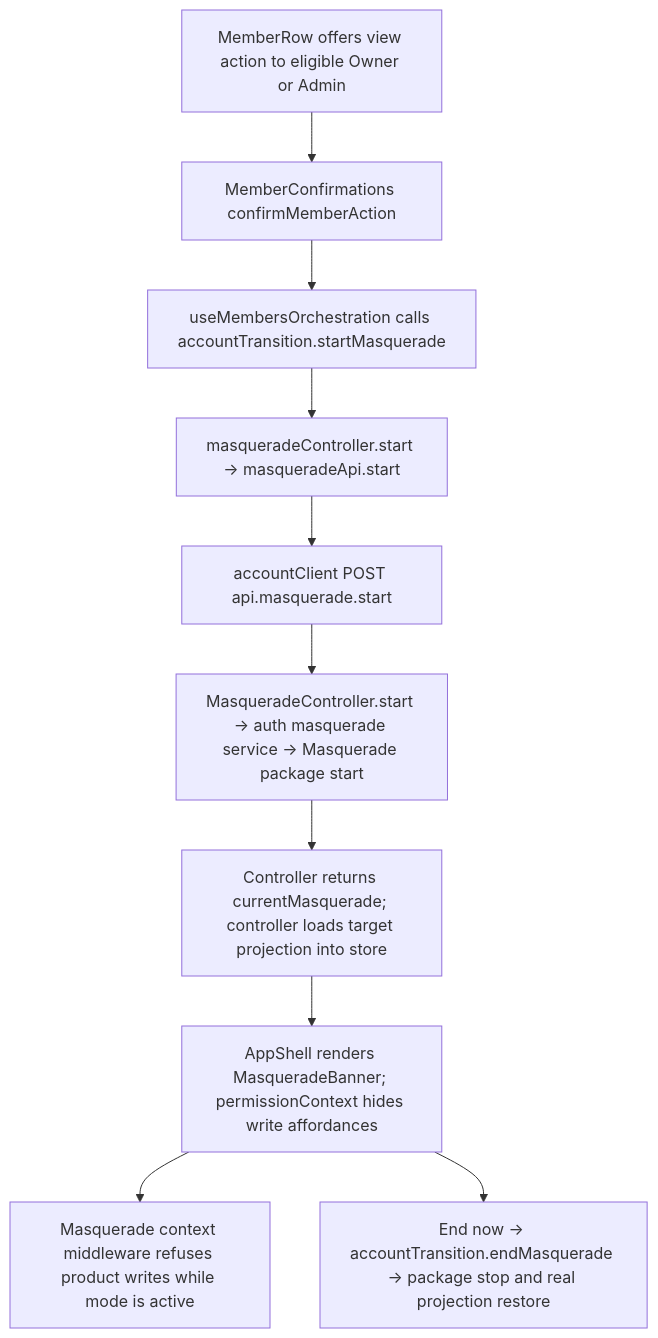
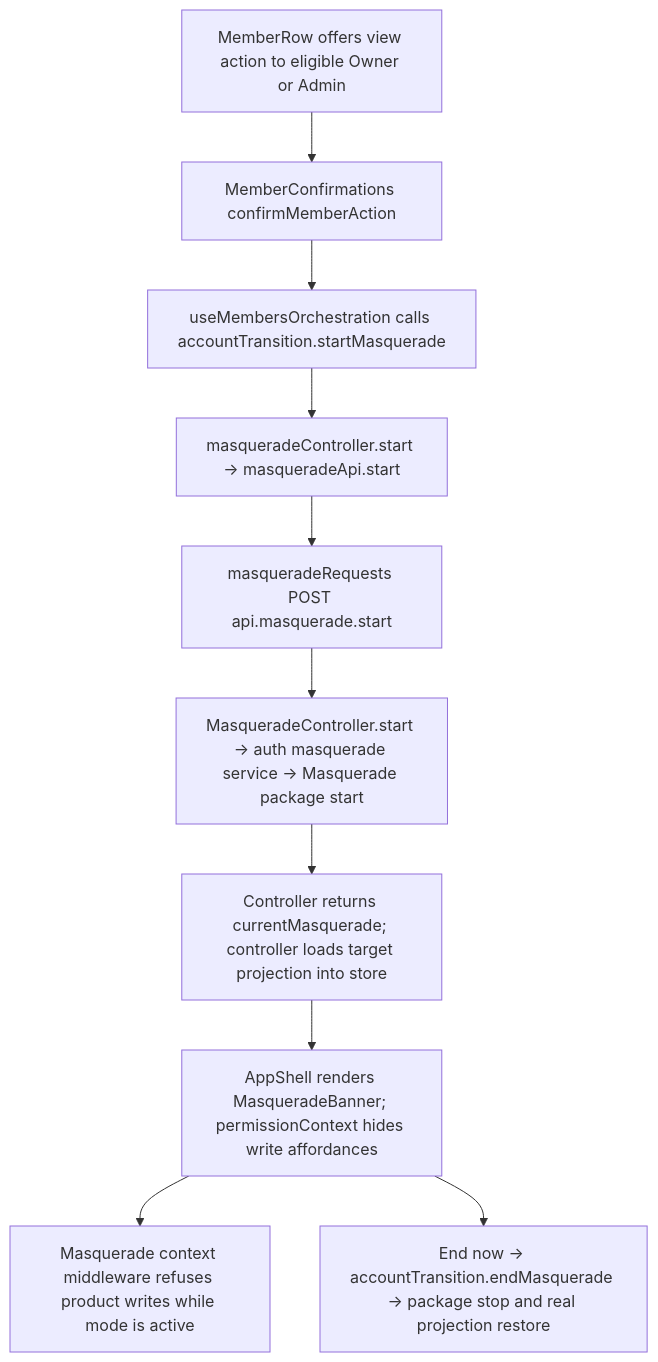
Before and after one commit to Kevinjohn/capacitylens: the second of 2 diagrams in user-stories/team/US-TEAM-08-view-as-member.md, drawn with Mermaid. The commit also changed other lines of this file and 10 other files, not shown here.

First line of the commit message:
Point user stories at the split account request modules

````diff
--- a/user-stories/team/US-TEAM-08-view-as-member.md
+++ b/user-stories/team/US-TEAM-08-view-as-member.md
@@ -32,12 +32,12 @@
 ```mermaid
 flowchart TD
     Row["MemberRow offers view action to eligible Owner or Admin"] --> Confirm["MemberConfirmations confirmMemberAction"]
     Confirm --> Start["useMembersOrchestration calls accountTransition.startMasquerade"]
     Start --> Controller["masqueradeController.start → masqueradeApi.start"]
-    Controller --> Request["accountClient POST api.masquerade.start"]
+    Controller --> Request["masqueradeRequests POST api.masquerade.start"]
     Request --> Server["MasqueradeController.start → auth masquerade service → Masquerade package start"]
     Server --> Projection["Controller returns currentMasquerade; controller loads target projection into store"]
     Projection --> Banner["AppShell renders MasqueradeBanner; permissionContext hides write affordances"]
     Banner --> ReadOnly["Masquerade context middleware refuses product writes while mode is active"]
     Banner --> End["End now → accountTransition.endMasquerade → package stop and real projection restore"]
 ```
````
